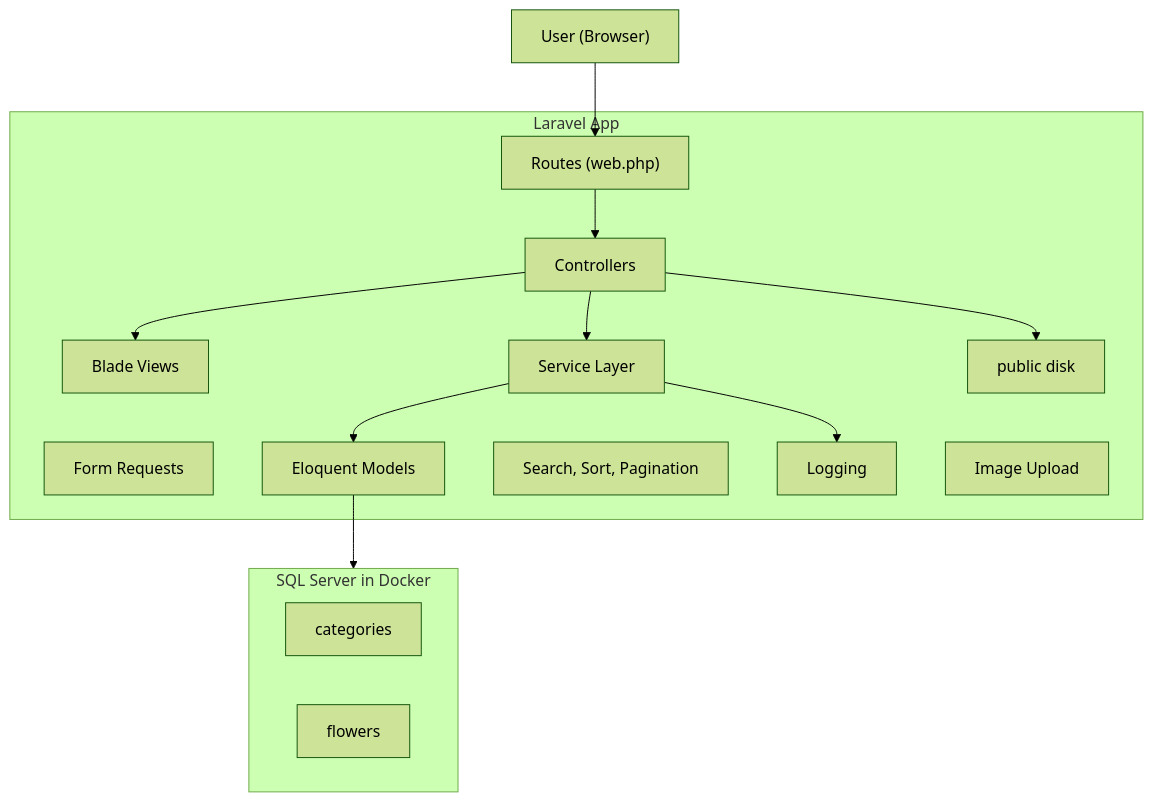
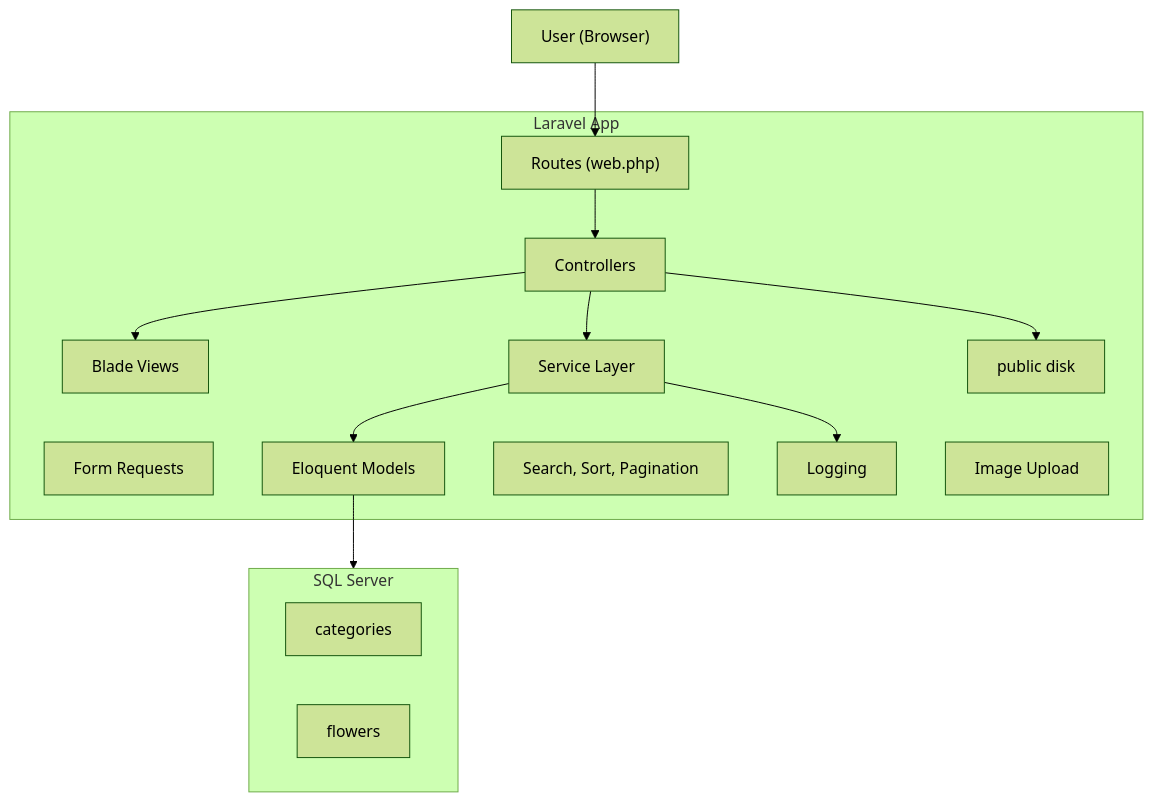
The first of 3 diagrams in README.md (petrospetrou/flower-inventory), drawn with Mermaid (forest theme) before and after one commit. The commit also changed other lines of this file, not shown here.

````diff
--- a/README.md
+++ b/README.md
@@ -50,31 +49,31 @@
 ```mermaid
 flowchart TD
   U["User (Browser)"]
 
   subgraph L["Laravel App"]
     R["Routes (web.php)"]
     C["Controllers"]
     V["Blade Views"]
     Q["Form Requests"]
     S["Service Layer"]
     M["Eloquent Models"]
     P["Search, Sort, Pagination"]
     G["Logging"]
     F["public disk"]
     I["Image Upload"]
   end
 
-  subgraph DB["SQL Server in Docker"]
+  subgraph DB["SQL Server"]
     T1["categories"]
     T2["flowers"]
   end
 
   U --> R
   R --> C
   C --> S
   S --> M
   M --> DB
   C --> V
   C --> F
   S --> G
 ```
````
